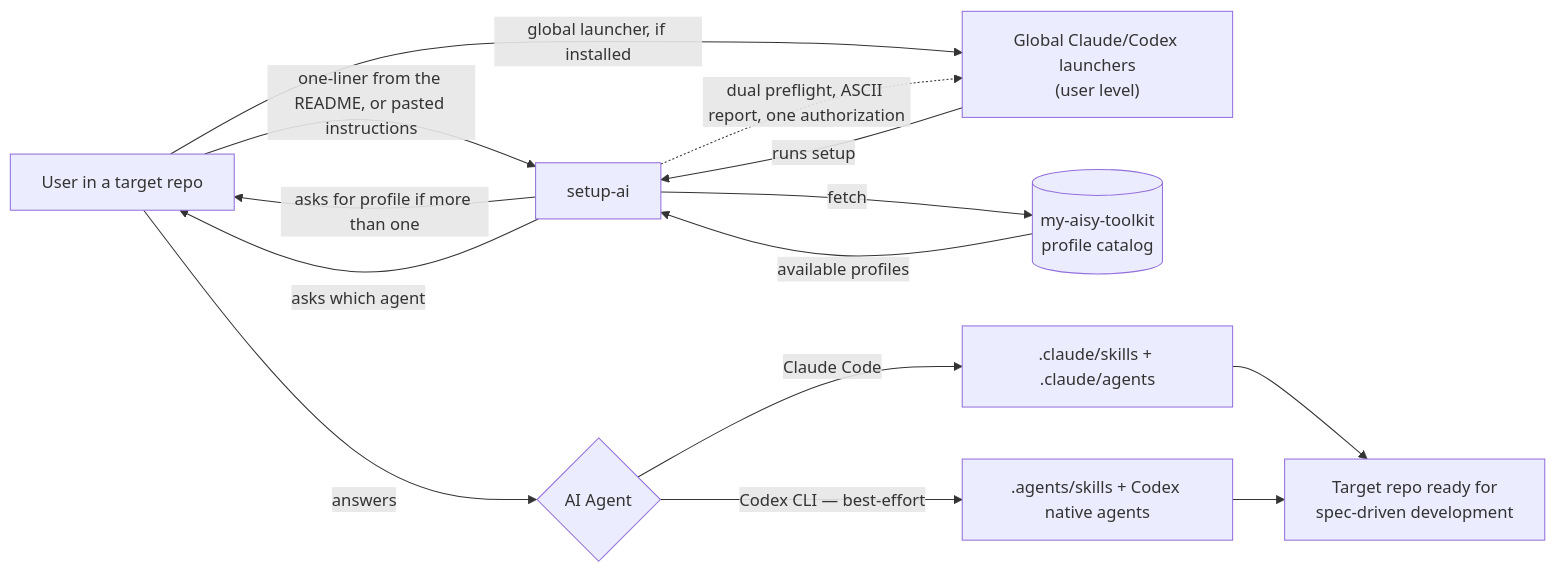
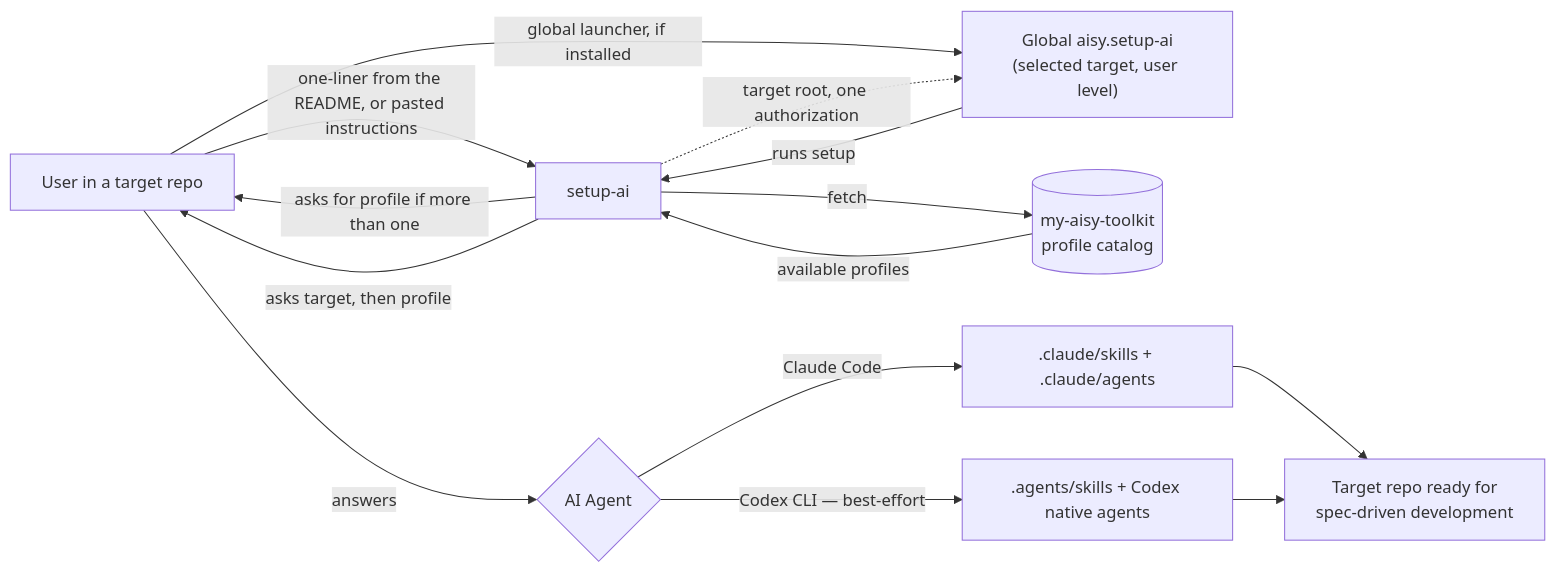
One commit to charlstown/my-aisy-toolkit changed the diagram in specs/product-spec.md. Above: the diagram before and after it, drawn with Mermaid. The commit also changed other lines of this file and 17 other files, not shown here.

````diff
--- a/specs/product-spec.md
+++ b/specs/product-spec.md
@@ -43,16 +43,16 @@
 ```mermaid
 flowchart LR
     U[User in a target repo] -->|"one-liner from the README, or pasted instructions"| S[setup-ai]
-    U -->|"global launcher, if installed"| L["Global Claude/Codex launchers<br/>(user level)"]
+    U -->|"global launcher, if installed"| L["Global aisy.setup-ai<br/>(selected target, user level)"]
     L -->|"runs setup"| S
-    S -.->|"dual preflight, ASCII report, one authorization"| L
+    S -.->|"target root, one authorization"| L
     S -->|fetch| CAT[(my-aisy-toolkit<br/>profile catalog)]
     CAT -->|available profiles| S
     S -->|asks for profile if more than one| U
-    S -->|asks which agent| U
+    S -->|asks target, then profile| U
     U -->|answers| AG{AI Agent}
     AG -->|Claude Code| CC[".claude/skills + .claude/agents"]
     AG -->|Codex CLI — best-effort| CX[".agents/skills + Codex native agents"]
     CC --> D[Target repo ready for<br/>spec-driven development]
     CX --> D
 ```
````
